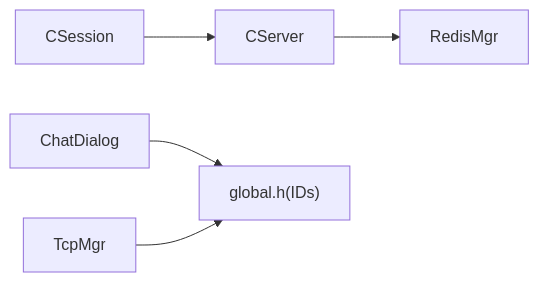
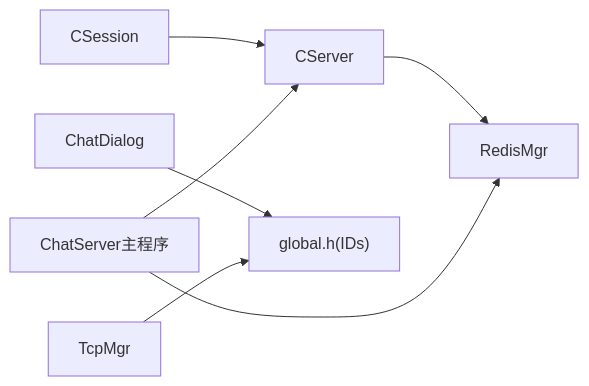
Before and after one commit to echo9923/mychatter: the ninth of 9 diagrams in .qoder/repowiki/zh/content/服务端开发/ChatServer聊天核心服务/会话管理/心跳检测机制.md, drawn with Mermaid. The commit also changed other lines of this file and 107 other files, not shown here.

````diff
--- a/.qoder/repowiki/zh/content/服务端开发/ChatServer聊天核心服务/会话管理/心跳检测机制.md
+++ b/.qoder/repowiki/zh/content/服务端开发/ChatServer聊天核心服务/会话管理/心跳检测机制.md
@@ -234,7 +324,9 @@
 ```mermaid
 graph LR
 CSe["CSession"] --> CSrv["CServer"]
 CSrv --> Redis["RedisMgr"]
+Main["ChatServer主程序"] --> CSrv
+Main --> Redis
 CD["ChatDialog"] --> Global["global.h(IDs)"]
 TM["TcpMgr"] --> Global
 ```
````
